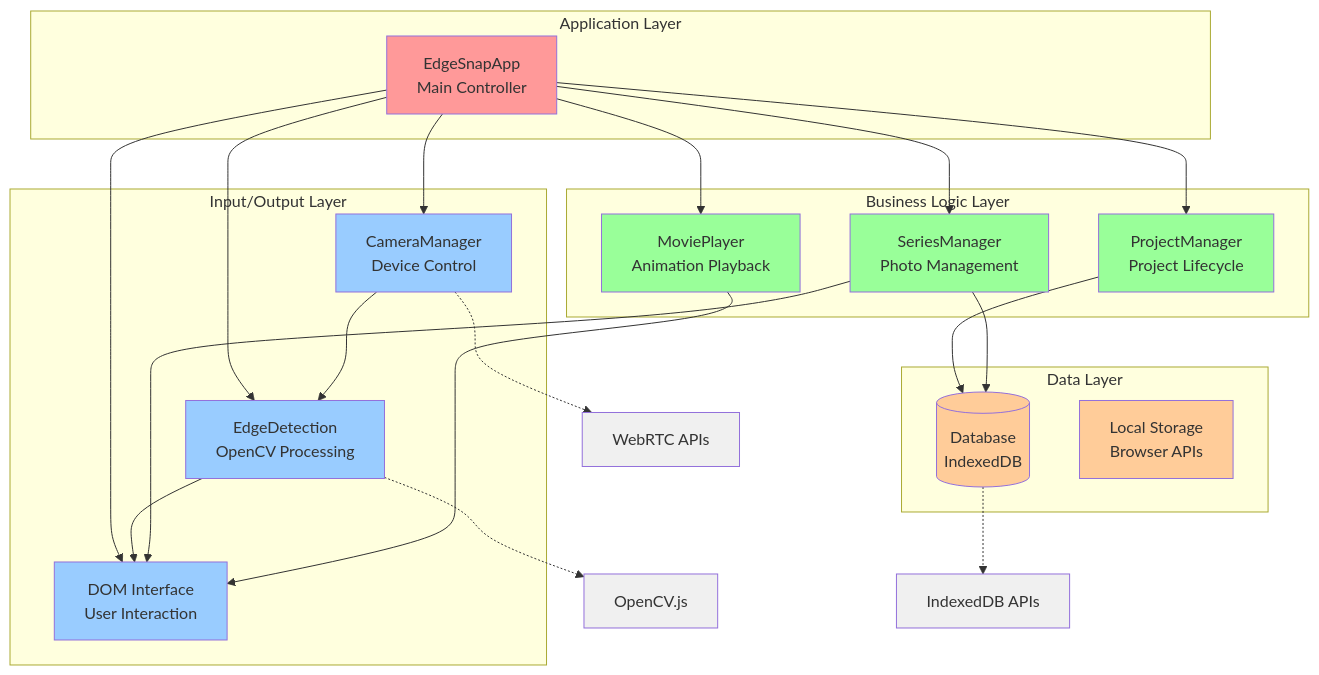
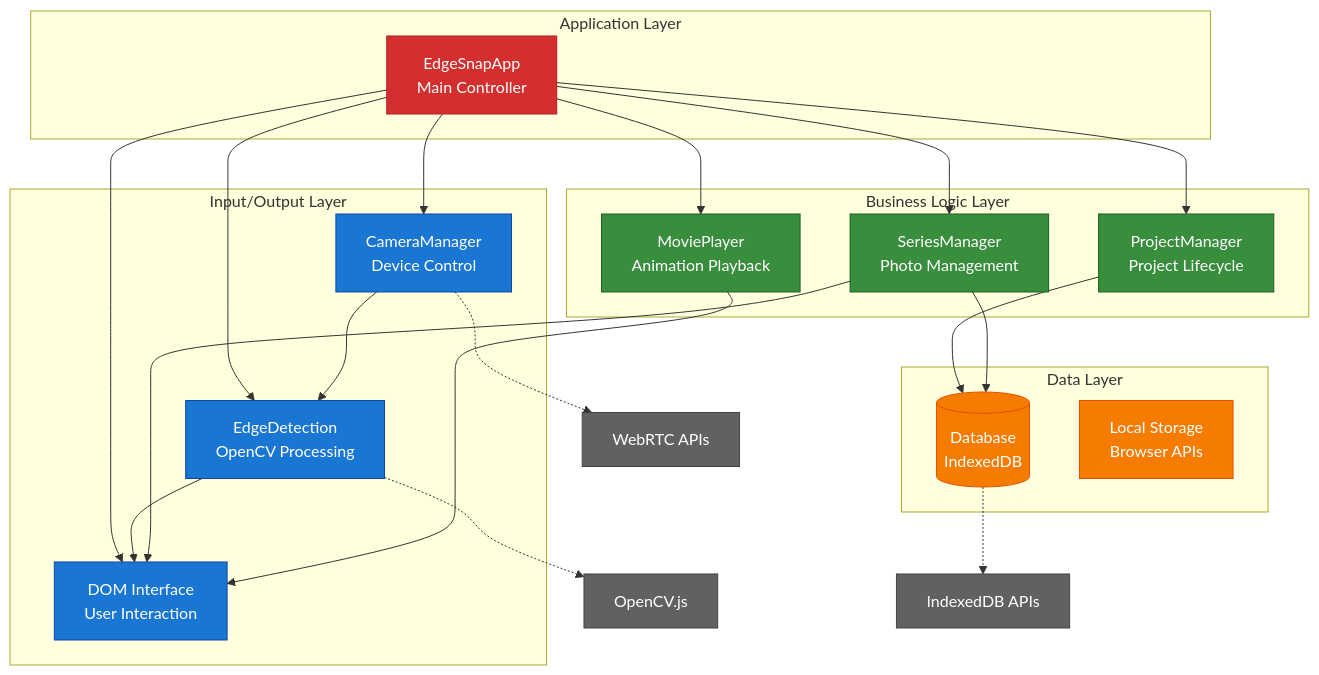
Before and after one commit to hamburger1984/edge-snap: the first of 3 diagrams in docs/TECHNICAL_DOCUMENTATION.md, drawn with Mermaid. The commit also changed other lines of this file, not shown here.

Commit message:
fix(docs): Improve mermaid diagram contrast for dark mode compatibility
- Add color property to all classDef styles for proper text contrast
- Use dark backgrounds with white text for better readability
- Include stroke colors for enhanced visual definition
- Ensure diagrams work in both light and dark mode environments
- Maintain color-coding while fixing accessibility issues

````diff
--- a/docs/TECHNICAL_DOCUMENTATION.md
+++ b/docs/TECHNICAL_DOCUMENTATION.md
@@ -23,56 +23,56 @@
 ```mermaid
 graph TB
     subgraph "Application Layer"
         APP[EdgeSnapApp<br/>Main Controller]
     end
     
     subgraph "Input/Output Layer"
         CAM[CameraManager<br/>Device Control]
         ED[EdgeDetection<br/>OpenCV Processing]
         UI[DOM Interface<br/>User Interaction]
     end
     
     subgraph "Business Logic Layer"
         PM[ProjectManager<br/>Project Lifecycle]
         SM[SeriesManager<br/>Photo Management]
         MP[MoviePlayer<br/>Animation Playback]
     end
     
     subgraph "Data Layer"
         DB[(Database<br/>IndexedDB)]
         LS[Local Storage<br/>Browser APIs]
     end
     
     %% Dependencies
     APP --> CAM
     APP --> ED
     APP --> PM
     APP --> SM
     APP --> MP
     APP --> UI
     
     PM --> DB
     SM --> DB
     CAM --> ED
     ED --> UI
     SM --> UI
     MP --> UI
     
     %% External Dependencies
     ED -.-> OCV[OpenCV.js]
     CAM -.-> WEB[WebRTC APIs]
     DB -.-> IDB[IndexedDB APIs]
     
-    %% Styling
-    classDef app fill:#ff9999
-    classDef io fill:#99ccff
-    classDef logic fill:#99ff99
-    classDef data fill:#ffcc99
-    classDef external fill:#f0f0f0
+    %% Styling with proper contrast for dark/light mode
+    classDef app fill:#d32f2f,color:#ffffff,stroke:#b71c1c
+    classDef io fill:#1976d2,color:#ffffff,stroke:#0d47a1
+    classDef logic fill:#388e3c,color:#ffffff,stroke:#1b5e20
+    classDef data fill:#f57c00,color:#ffffff,stroke:#e65100
+    classDef external fill:#616161,color:#ffffff,stroke:#424242
     
     class APP app
     class CAM,ED,UI io
     class PM,SM,MP logic
     class DB,LS data
     class OCV,WEB,IDB external
 ```
````
